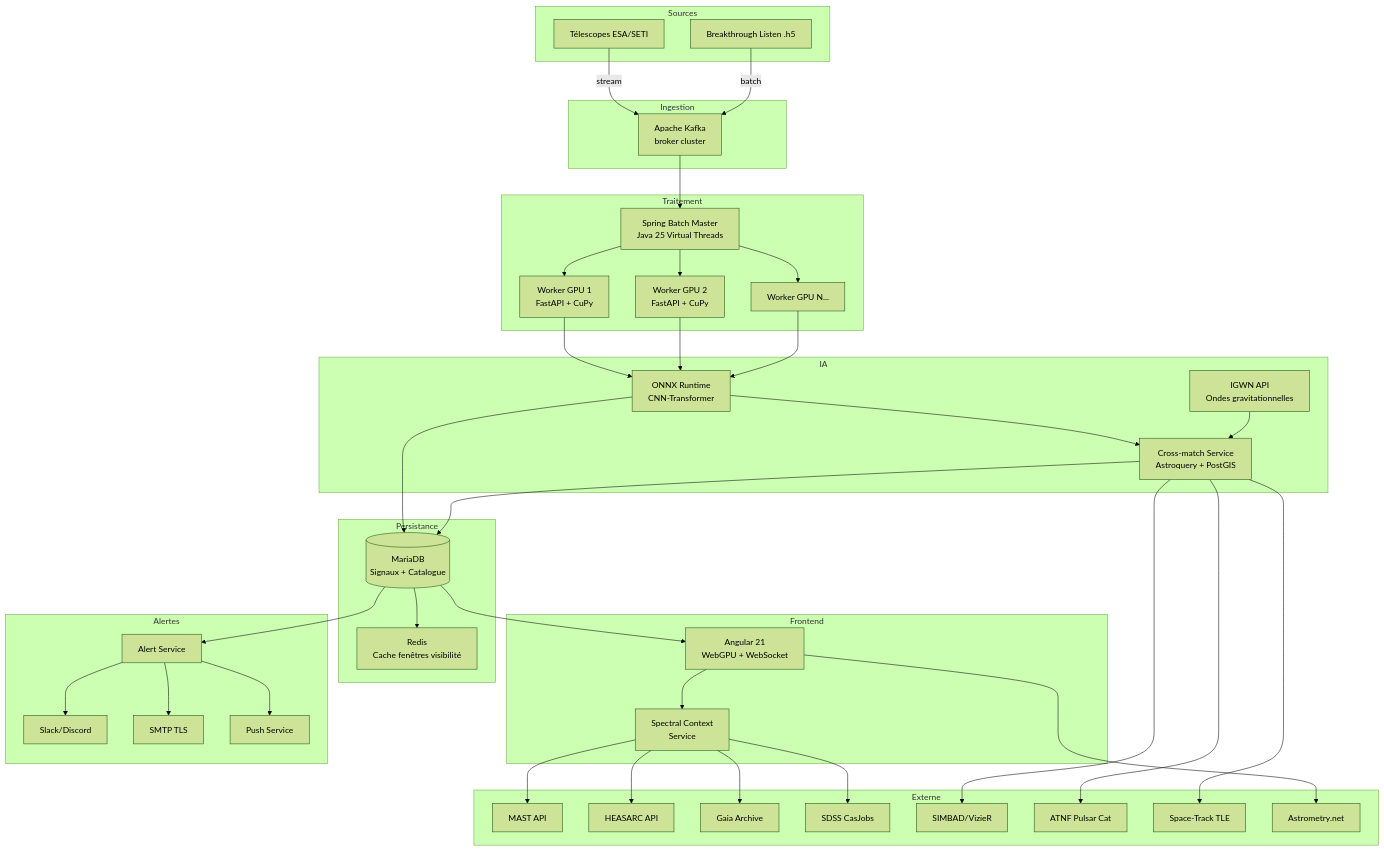
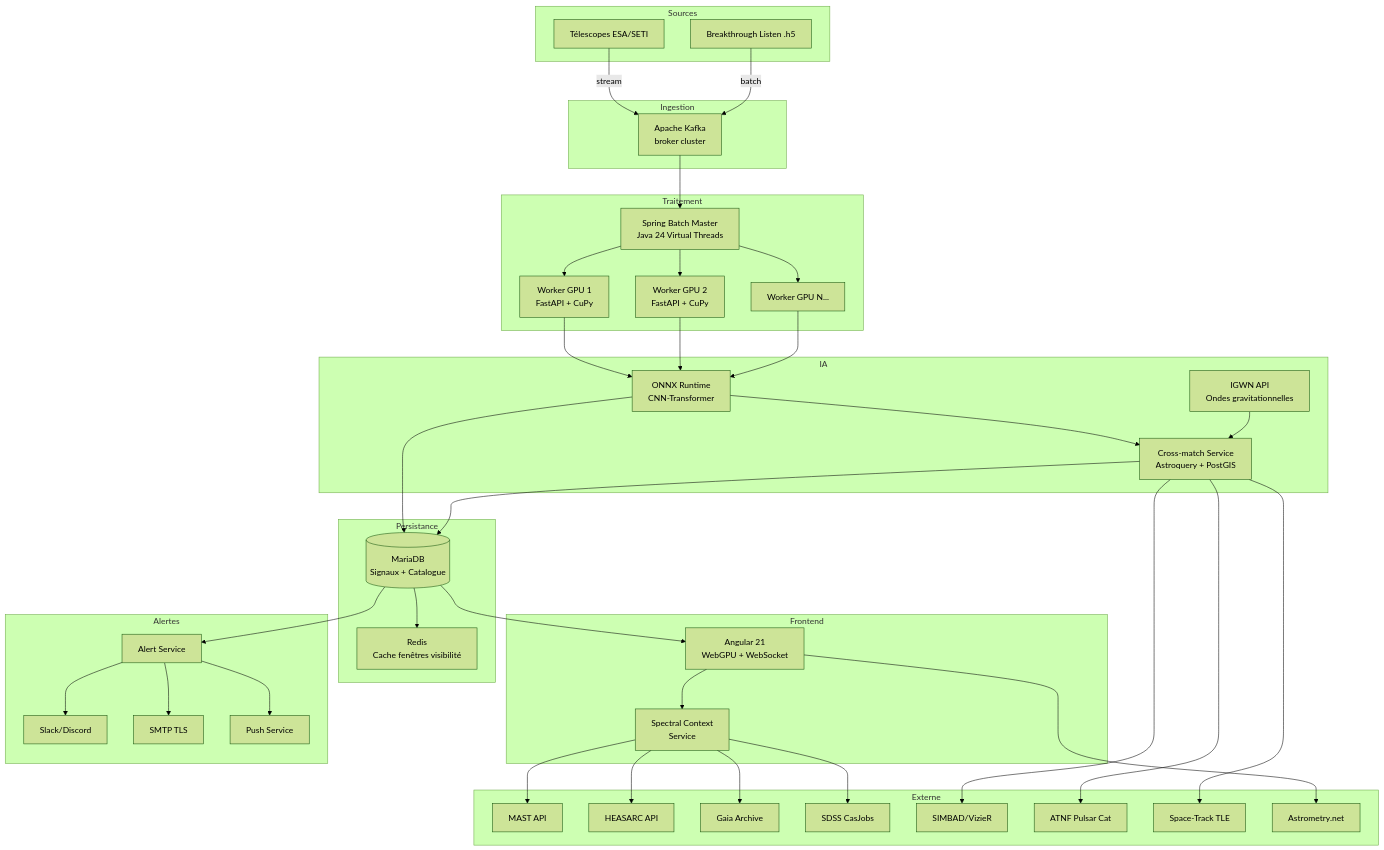
One commit to jeanyvesruffin/STARWAVE changed the first of 4 diagrams in docs/STARWAVE_technique.md. Above: the diagram before and after it, drawn with Mermaid (forest theme). The commit also changed other lines of this file and 28 other files, not shown here.

````diff
--- a/docs/STARWAVE_technique.md
+++ b/docs/STARWAVE_technique.md
@@ -26,81 +26,81 @@
 ```mermaid
 graph TB
     subgraph Sources
         TEL[Télescopes ESA/SETI]
         BL[Breakthrough Listen .h5]
     end
 
     subgraph Ingestion
         KAFKA[Apache Kafka\nbroker cluster]
     end
 
     subgraph Traitement
-        SB_MASTER[Spring Batch Master\nJava 25 Virtual Threads]
+        SB_MASTER[Spring Batch Master\nJava 24 Virtual Threads]
         SB_WORKER1[Worker GPU 1\nFastAPI + CuPy]
         SB_WORKER2[Worker GPU 2\nFastAPI + CuPy]
         SB_WORKERN[Worker GPU N...]
     end
 
     subgraph IA
         ONNX[ONNX Runtime\nCNN-Transformer]
         XMATCH[Cross-match Service\nAstroquery + PostGIS]
         IGWN[IGWN API\nOndes gravitationnelles]
     end
 
     subgraph Persistance
         DB[(MariaDB\nSignaux + Catalogue)]
         CACHE[Redis\nCache fenêtres visibilité]
     end
 
     subgraph Frontend
         ANGULAR[Angular 21\nWebGPU + WebSocket]
         SC[Spectral Context\nService]
     end
 
     subgraph Alertes
         ALERT[Alert Service]
         SLACK[Slack/Discord]
         EMAIL[SMTP TLS]
         PUSH[Push Service]
     end
 
     subgraph Externe
         MAST[MAST API]
         HEASARC[HEASARC API]
         GAIA[Gaia Archive]
         SDSS[SDSS CasJobs]
         SIMBAD[SIMBAD/VizieR]
         ATNF[ATNF Pulsar Cat]
         TLE[Space-Track TLE]
         ASTRO[Astrometry.net]
     end
 
     TEL -->|stream| KAFKA
     BL -->|batch| KAFKA
     KAFKA --> SB_MASTER
     SB_MASTER --> SB_WORKER1
     SB_MASTER --> SB_WORKER2
     SB_MASTER --> SB_WORKERN
     SB_WORKER1 --> ONNX
     SB_WORKER2 --> ONNX
     SB_WORKERN --> ONNX
     ONNX --> XMATCH
     XMATCH --> SIMBAD
     XMATCH --> ATNF
     XMATCH --> TLE
     IGWN --> XMATCH
     ONNX --> DB
     XMATCH --> DB
     DB --> ANGULAR
     DB --> ALERT
     ANGULAR --> SC
     SC --> MAST
     SC --> HEASARC
     SC --> GAIA
     SC --> SDSS
     ALERT --> SLACK
     ALERT --> EMAIL
     ALERT --> PUSH
     ANGULAR --> ASTRO
     DB --> CACHE
 ```
````
